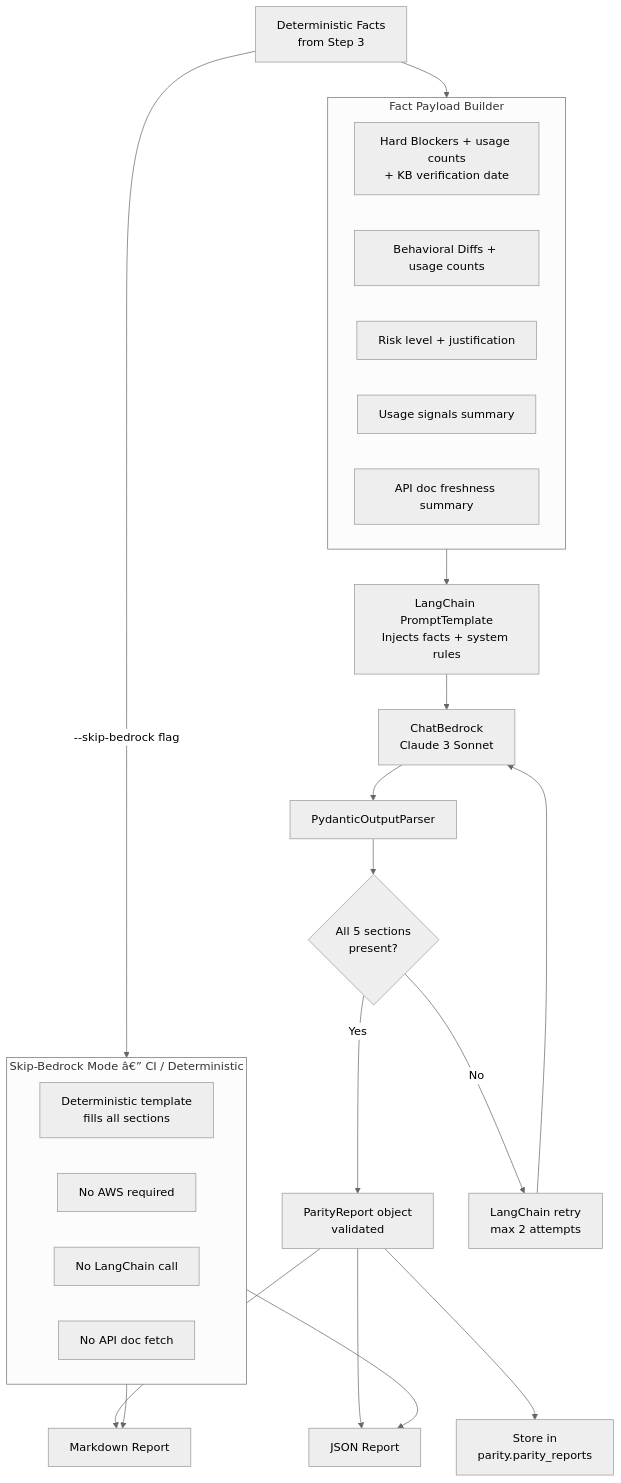
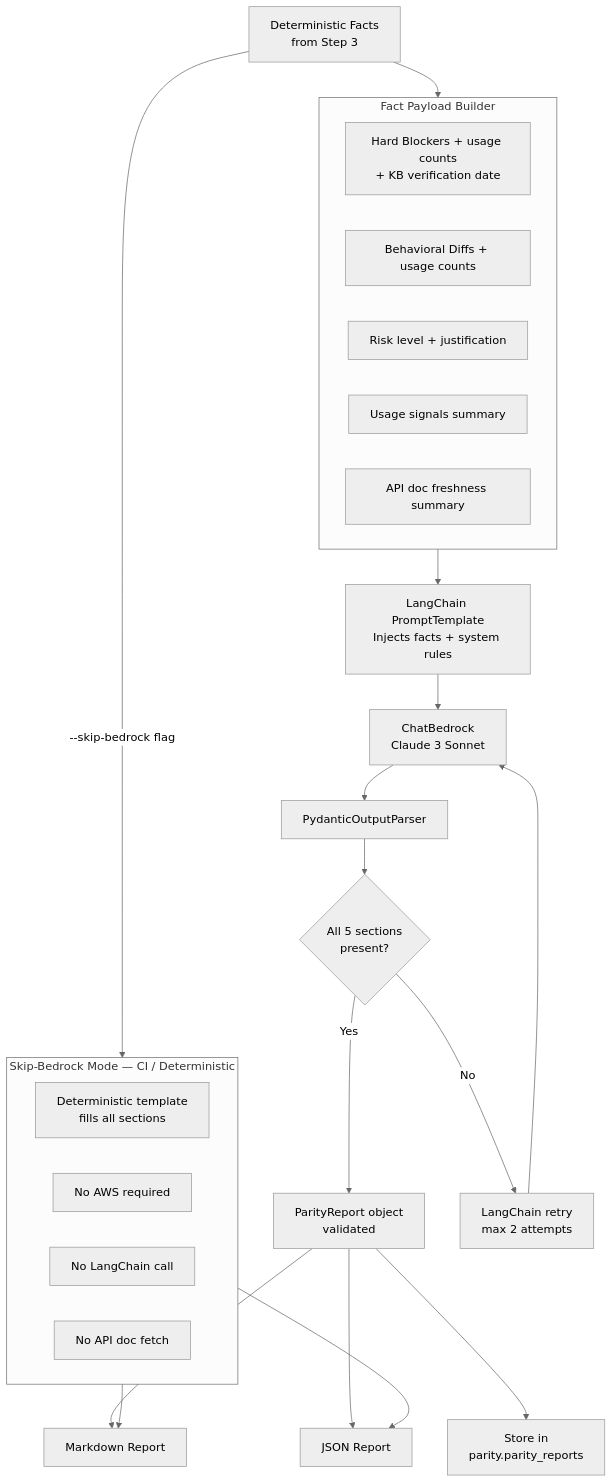
One commit to K-REVANTH/Git-Lift changed the fourth of 6 diagrams in 14-08-2026/Final_Plan.md. Above: the diagram before and after it, drawn with Mermaid (neutral theme). The commit also changed other lines of this file, not shown here.

````diff
--- a/14-08-2026/Final_Plan.md
+++ b/14-08-2026/Final_Plan.md
@@ -331,41 +320,40 @@
 ```mermaid
-
 flowchart TD
     A[Deterministic Facts\nfrom Step 3] --> B
 
     subgraph B["Fact Payload Builder"]
         B1[Hard Blockers + usage counts\n+ KB verification date]
         B2[Behavioral Diffs + usage counts]
         B3[Risk level + justification]
         B4[Usage signals summary]
         B5[API doc freshness summary]
     end
 
     B --> C[LangChain PromptTemplate\nInjects facts + system rules]
 
     C --> D[ChatBedrock\nClaude 3 Sonnet]
 
     D --> E[PydanticOutputParser]
 
     E --> F{All 5 sections\npresent?}
 
     F -->|Yes| G[ParityReport object\nvalidated]
     F -->|No| H[LangChain retry\nmax 2 attempts]
 
     H --> D
 
     G --> I[Markdown Report]
     G --> J[JSON Report]
     G --> K[Store in\nparity.parity_reports]
 
-    subgraph SK["Skip-Bedrock Mode â€” CI / Deterministic"]
+    subgraph SK["Skip-Bedrock Mode — CI / Deterministic"]
         SK1[Deterministic template\nfills all sections]
         SK2[No AWS required]
         SK3[No LangChain call]
         SK4[No API doc fetch]
     end
 
     A -->|"--skip-bedrock flag"| SK
     SK --> I
     SK --> J
 ```
````
